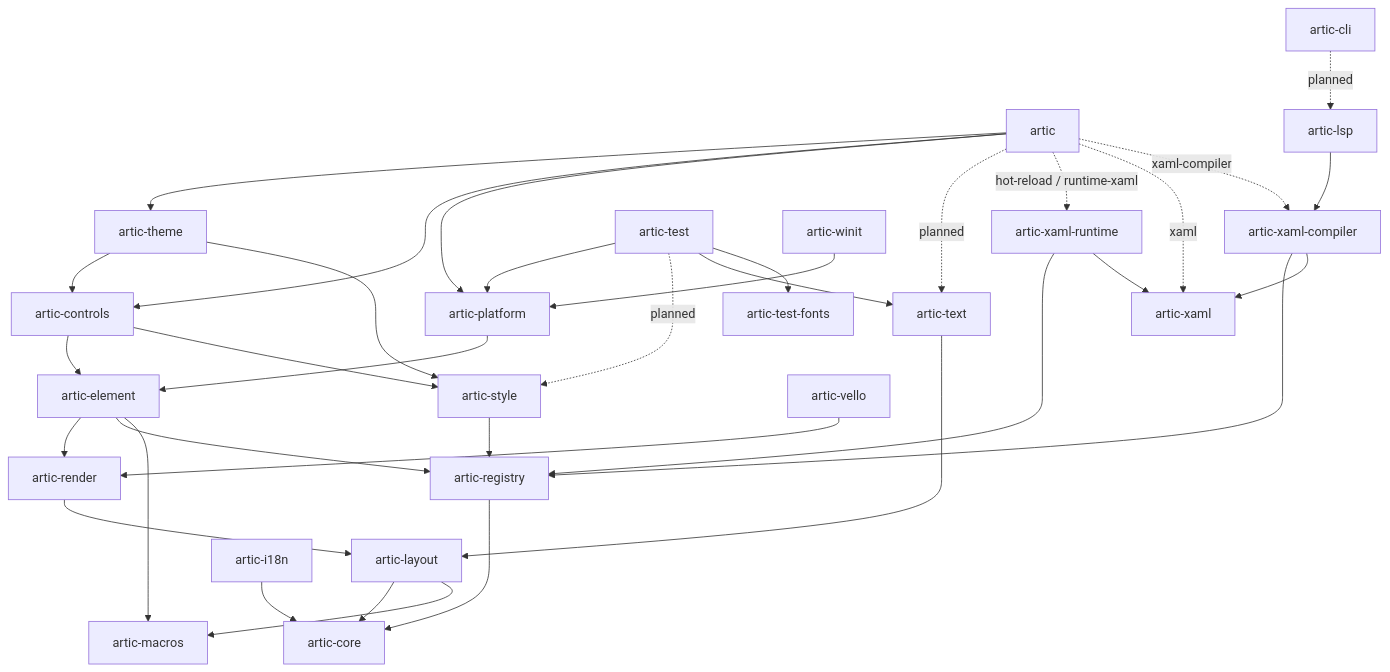
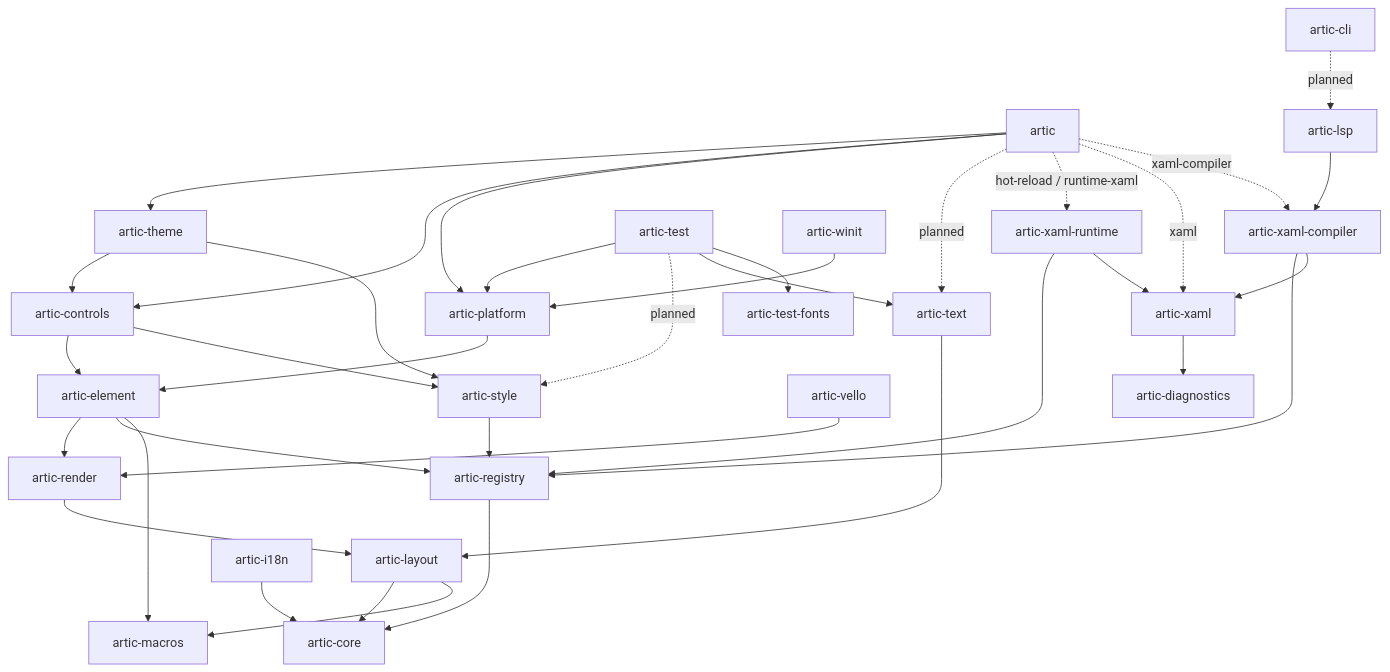
Before and after one commit to wolfware-labs/artic: the diagram in docs/architecture.md, drawn with Mermaid. The commit also changed other lines of this file and 35 other files, not shown here.

Commit message:
refactor(diagnostics): move spans and diagnostics out of artic-xaml (#329)

````diff
--- a/docs/architecture.md
+++ b/docs/architecture.md
@@ -35,46 +35,47 @@
 ```mermaid
 flowchart TD
   artic --> theme[artic-theme]
   artic --> controls[artic-controls]
   artic --> platform[artic-platform]
   artic -. planned .-> text[artic-text]
   artic -. hot-reload / runtime-xaml .-> runtime[artic-xaml-runtime]
   artic -. xaml .-> xaml
   artic -. xaml-compiler .-> compiler
 
   theme --> controls
   theme --> styles[artic-style]
 
   controls --> element[artic-element]
   controls --> styles
 
   platform --> element
 
   element --> render[artic-render]
   element --> registry[artic-registry]
   element --> macros[artic-macros]
 
   test[artic-test] --> platform
   test -. planned .-> styles
   test --> text
   test --> fonts[artic-test-fonts]
 
   winit[artic-winit] --> platform
   vello[artic-vello] --> render
 
   cli[artic-cli] -. planned .-> lsp[artic-lsp]
   lsp --> compiler[artic-xaml-compiler]
 
   render --> layout[artic-layout]
   text --> layout
   styles --> registry
   compiler --> registry
   compiler --> xaml[artic-xaml]
+  xaml --> diagnostics[artic-diagnostics]
   runtime --> registry
   runtime --> xaml
 
   registry --> core[artic-core]
   layout --> core
   layout --> macros
   i18n[artic-i18n] --> core
 ```
````
